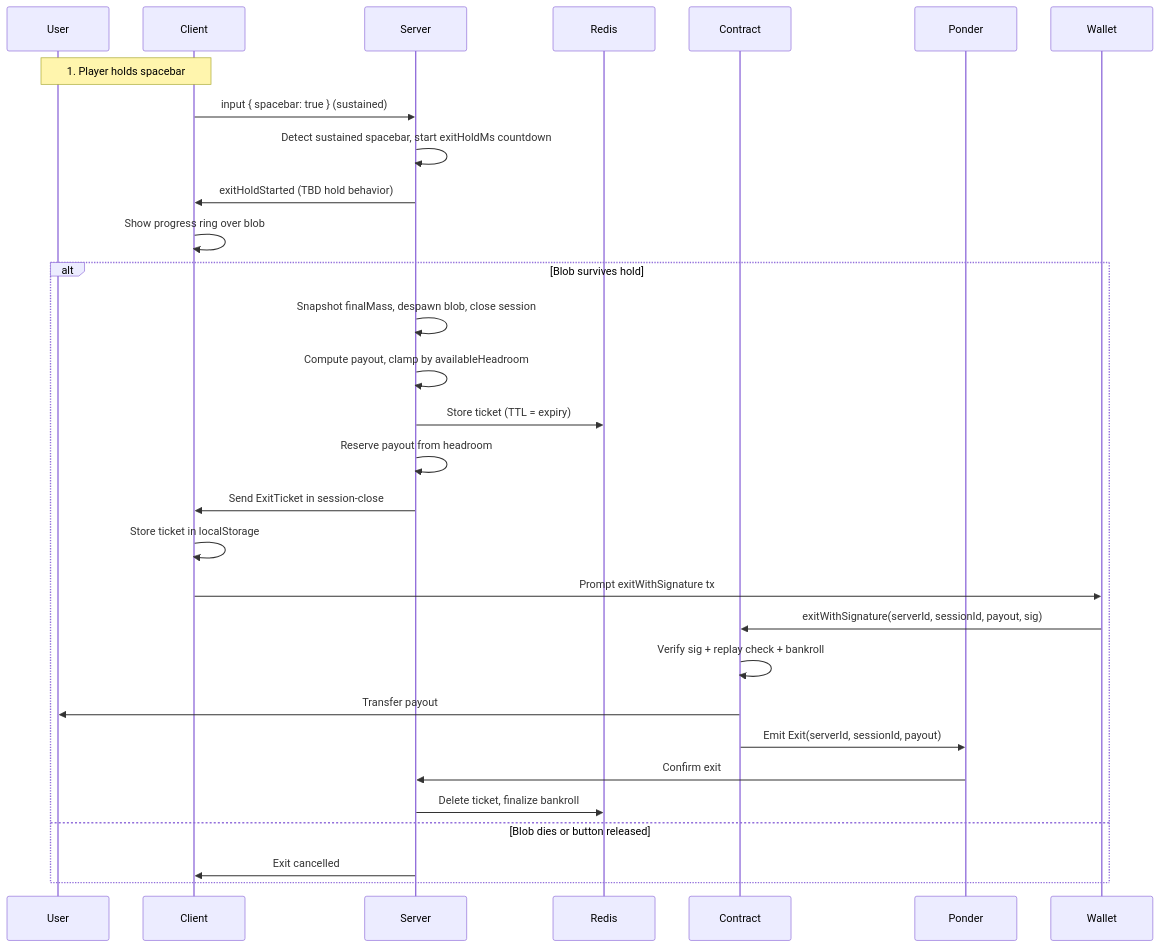
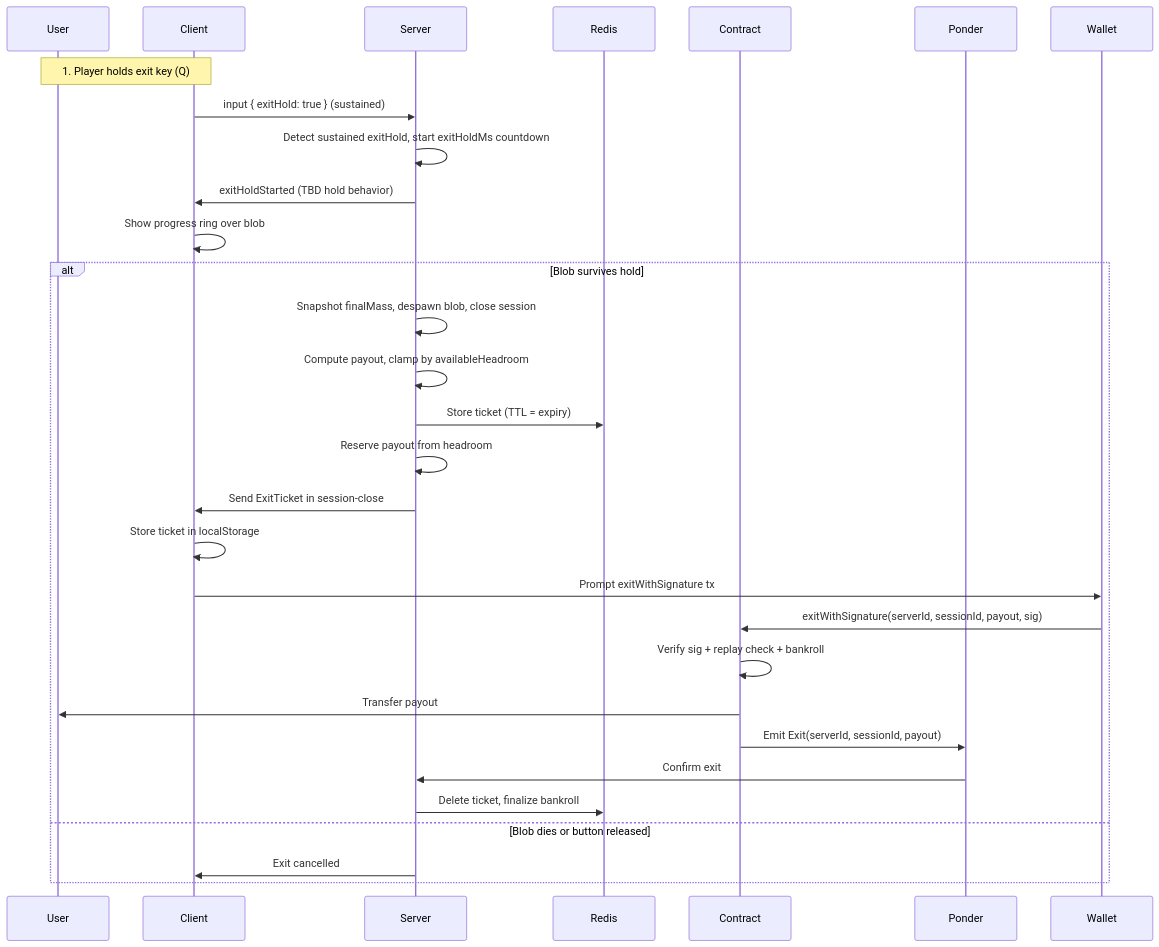
Before and after one commit to TheExpandingPolytope/goonverse: the fourth of 9 diagrams in ARCHITECTURE.md, drawn with Mermaid. The commit also changed other lines of this file and 9 other files, not shown here.

Commit message:
basic game flow.

````diff
--- a/ARCHITECTURE.md
+++ b/ARCHITECTURE.md
@@ -456,34 +616,34 @@
 ```mermaid
 sequenceDiagram
     participant User
     participant Client
     participant Server
     participant Redis
     participant Contract
     participant Ponder
     participant Wallet
 
-    Note over User, Client: 1. Player holds spacebar
-    Client->>Server: input { spacebar: true } (sustained)
-    Server->>Server: Detect sustained spacebar, start exitHoldMs countdown
+    Note over User, Client: 1. Player holds exit key (Q)
+    Client->>Server: input { exitHold: true } (sustained)
+    Server->>Server: Detect sustained exitHold, start exitHoldMs countdown
     Server->>Client: exitHoldStarted (TBD hold behavior)
     Client->>Client: Show progress ring over blob
 
 alt Blob survives hold
     Server->>Server: Snapshot finalMass, despawn blob, close session
     Server->>Server: Compute payout, clamp by availableHeadroom
     Server->>Redis: Store ticket (TTL = expiry)
     Server->>Server: Reserve payout from headroom
     Server->>Client: Send ExitTicket in session-close
     Client->>Client: Store ticket in localStorage
     Client->>Wallet: Prompt exitWithSignature tx
     Wallet->>Contract: exitWithSignature(serverId, sessionId, payout, sig)
     Contract->>Contract: Verify sig + replay check + bankroll
     Contract->>User: Transfer payout
     Contract->>Ponder: Emit Exit(serverId, sessionId, payout)
     Ponder->>Server: Confirm exit
     Server->>Redis: Delete ticket, finalize bankroll
 else Blob dies or button released
     Server->>Client: Exit cancelled
 end
 ```
````
